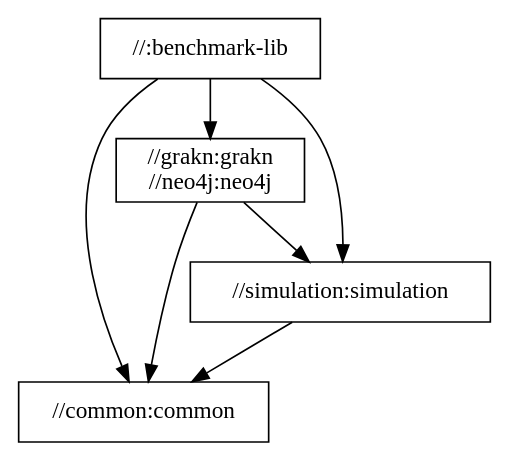
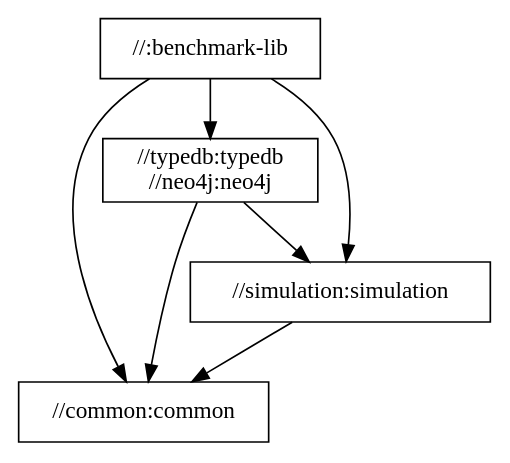
The diagram in docs/package-structure.dot (typedb/typedb-benchmark), drawn with Graphviz before and after one commit. The commit also changed 75 other files, not shown here.

```diff
--- a/docs/package-structure.dot
+++ b/docs/package-structure.dot
@@ -1,13 +1,13 @@
 digraph mygraph {
   node [shape=box];
   "//:benchmark-lib"
   "//:benchmark-lib" -> "//common:common"
-  "//:benchmark-lib" -> "//grakn:grakn\n//neo4j:neo4j"
+  "//:benchmark-lib" -> "//typedb:typedb\n//neo4j:neo4j"
   "//:benchmark-lib" -> "//simulation:simulation"
-  "//grakn:grakn\n//neo4j:neo4j"
-  "//grakn:grakn\n//neo4j:neo4j" -> "//common:common"
-  "//grakn:grakn\n//neo4j:neo4j" -> "//simulation:simulation"
+  "//typedb:typedb\n//neo4j:neo4j"
+  "//typedb:typedb\n//neo4j:neo4j" -> "//common:common"
+  "//typedb:typedb\n//neo4j:neo4j" -> "//simulation:simulation"
   "//simulation:simulation"
   "//simulation:simulation" -> "//common:common"
   "//common:common"
 }
```
